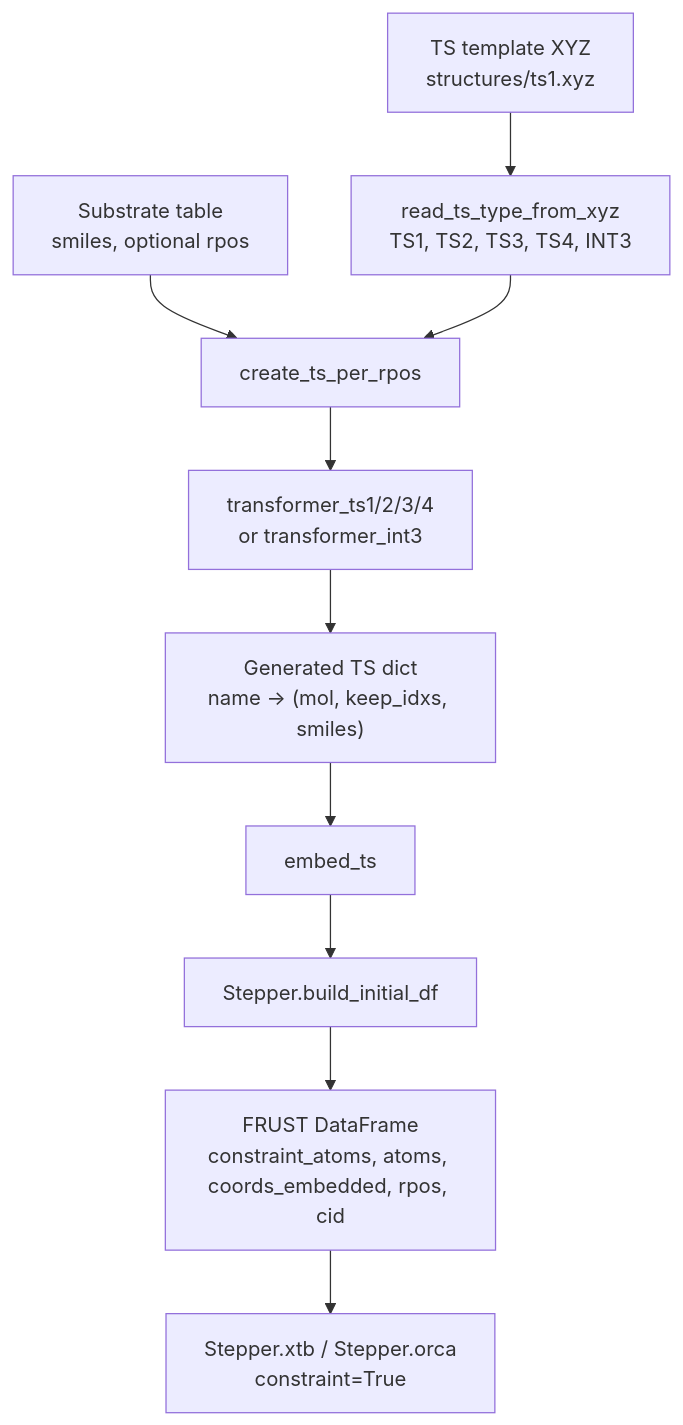
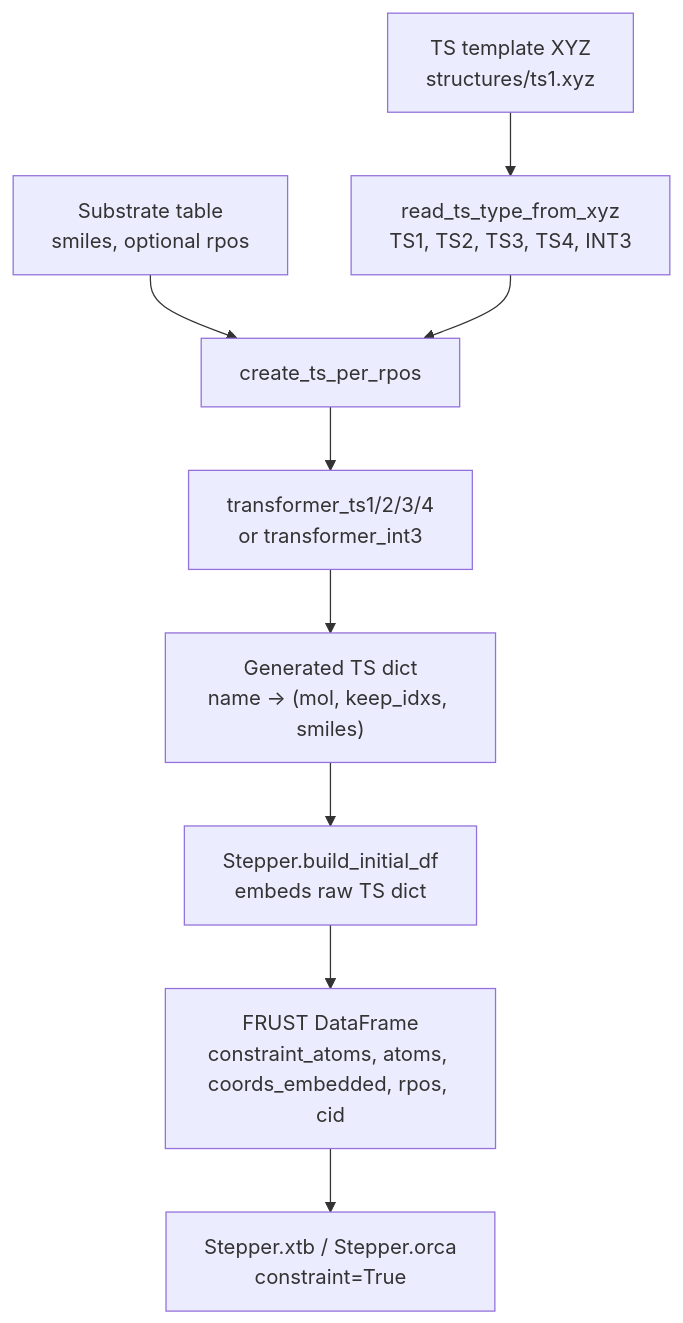
The first of 2 diagrams in docs/tutorials/templates.md (MolinDiscovery/FRUST), drawn with Mermaid before and after one commit. The commit also changed other lines of this file and 11 other files, not shown here.

````diff
--- a/docs/tutorials/templates.md
+++ b/docs/tutorials/templates.md
@@ -18,17 +18,16 @@
 ```mermaid
 flowchart TD
     A["Substrate table<br/>smiles, optional rpos"]
     B["TS template XYZ<br/>structures/ts1.xyz"]
     C["read_ts_type_from_xyz<br/>TS1, TS2, TS3, TS4, INT3"]
     D["create_ts_per_rpos"]
     E["transformer_ts1/2/3/4<br/>or transformer_int3"]
     F["Generated TS dict<br/>name -> (mol, keep_idxs, smiles)"]
-    G["embed_ts"]
-    H["Stepper.build_initial_df"]
+    H["Stepper.build_initial_df<br/>embeds raw TS dict"]
     I["FRUST DataFrame<br/>constraint_atoms, atoms, coords_embedded, rpos, cid"]
     J["Stepper.xtb / Stepper.orca<br/>constraint=True"]
 
     A --> D
     B --> C --> D
-    D --> E --> F --> G --> H --> I --> J
+    D --> E --> F --> H --> I --> J
 ```
````
